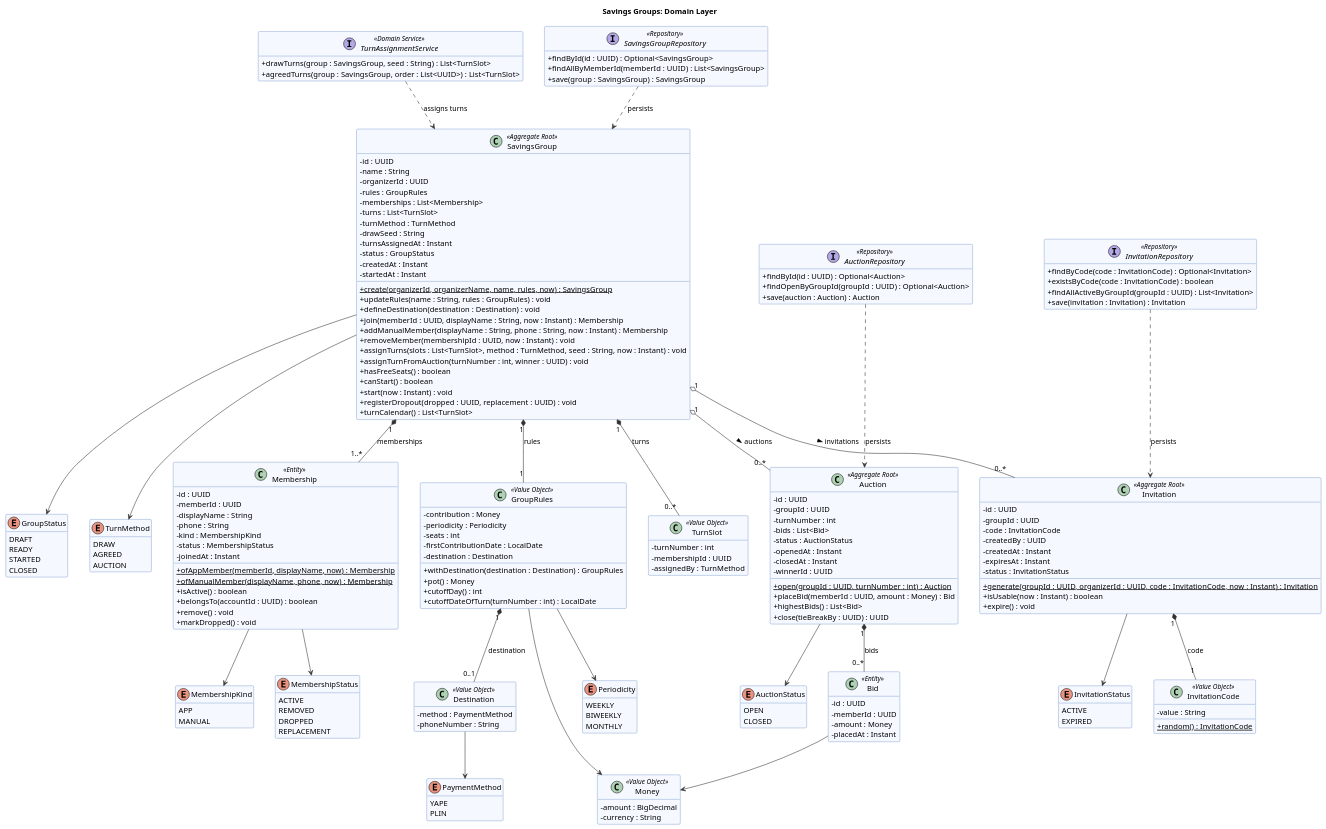
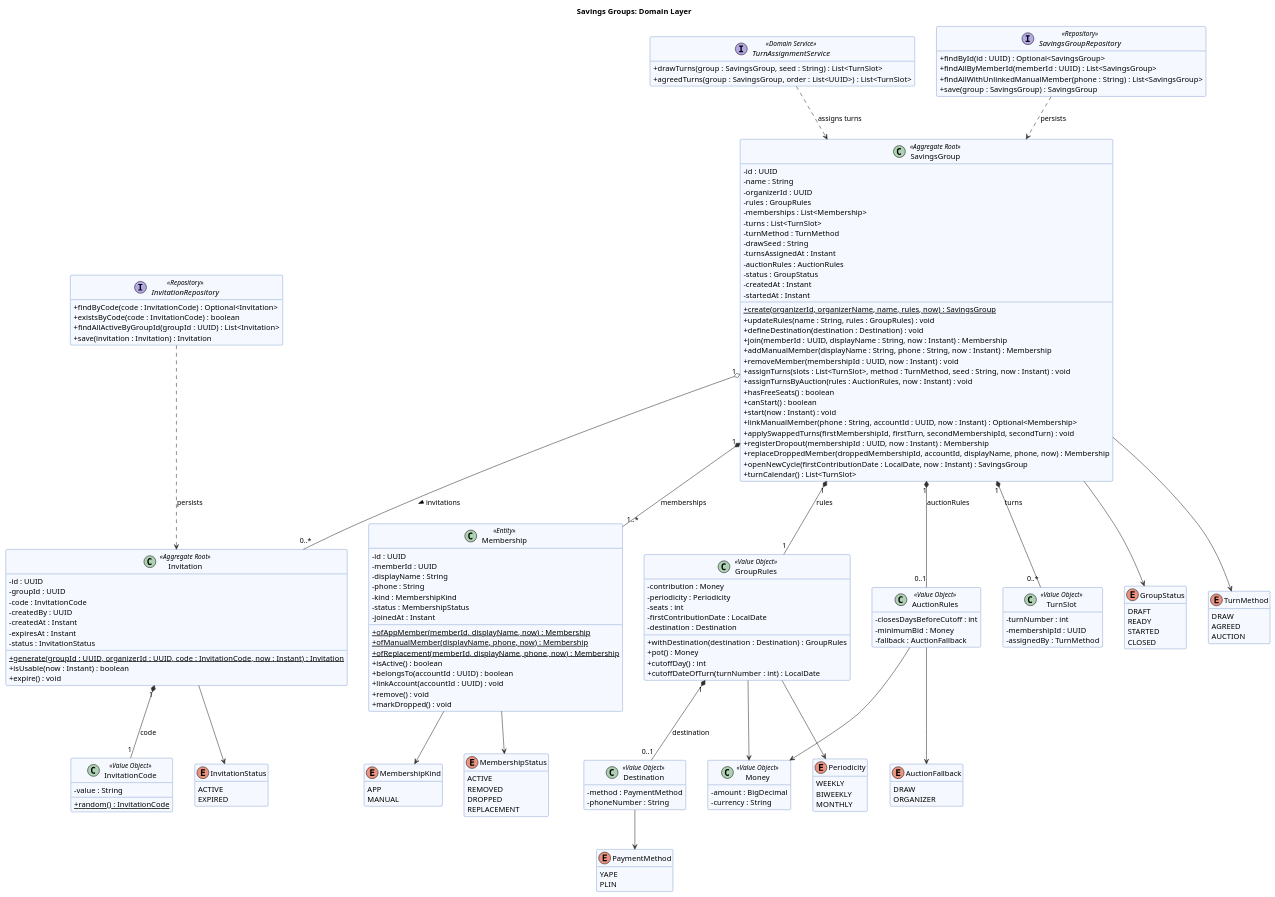
Before and after one commit to kerolabs/pozzo-doc: the diagram in docs/architecture/uml/savings-groups-domain.puml, drawn with PlantUML. The commit also changed 6 other files, not shown here.

First line of the commit message:
docs: move the auction to Contributions in the architecture sources

```diff
--- a/docs/architecture/uml/savings-groups-domain.puml
+++ b/docs/architecture/uml/savings-groups-domain.puml
@@ -30,6 +30,7 @@
     - turnMethod : TurnMethod
     - drawSeed : String
     - turnsAssignedAt : Instant
+    - auctionRules : AuctionRules
     - status : GroupStatus
     - createdAt : Instant
     - startedAt : Instant
@@ -40,11 +41,15 @@
     + addManualMember(displayName : String, phone : String, now : Instant) : Membership
     + removeMember(membershipId : UUID, now : Instant) : void
     + assignTurns(slots : List<TurnSlot>, method : TurnMethod, seed : String, now : Instant) : void
-    + assignTurnFromAuction(turnNumber : int, winner : UUID) : void
+    + assignTurnsByAuction(rules : AuctionRules, now : Instant) : void
     + hasFreeSeats() : boolean
     + canStart() : boolean
     + start(now : Instant) : void
-    + registerDropout(dropped : UUID, replacement : UUID) : void
+    + linkManualMember(phone : String, accountId : UUID, now : Instant) : Optional<Membership>
+    + applySwappedTurns(firstMembershipId, firstTurn, secondMembershipId, secondTurn) : void
+    + registerDropout(membershipId : UUID, now : Instant) : Membership
+    + replaceDroppedMember(droppedMembershipId, accountId, displayName, phone, now) : Membership
+    + openNewCycle(firstContributionDate : LocalDate, now : Instant) : SavingsGroup
     + turnCalendar() : List<TurnSlot>
   }
 
@@ -61,21 +66,6 @@
     + expire() : void
   }
 
-  class Auction <<Aggregate Root>> {
-    - id : UUID
-    - groupId : UUID
-    - turnNumber : int
-    - bids : List<Bid>
-    - status : AuctionStatus
-    - openedAt : Instant
-    - closedAt : Instant
-    - winnerId : UUID
-    + open(groupId : UUID, turnNumber : int) : Auction {static}
-    + placeBid(memberId : UUID, amount : Money) : Bid
-    + highestBids() : List<Bid>
-    + close(tieBreakBy : UUID) : UUID
-  }
-
   class Membership <<Entity>> {
     - id : UUID
     - memberId : UUID
@@ -86,17 +76,12 @@
     - joinedAt : Instant
     + ofAppMember(memberId, displayName, now) : Membership {static}
     + ofManualMember(displayName, phone, now) : Membership {static}
+    + ofReplacement(memberId, displayName, phone, now) : Membership {static}
     + isActive() : boolean
     + belongsTo(accountId : UUID) : boolean
+    + linkAccount(accountId : UUID) : void
     + remove() : void
     + markDropped() : void
-  }
-
-  class Bid <<Entity>> {
-    - id : UUID
-    - memberId : UUID
-    - amount : Money
-    - placedAt : Instant
   }
 
   class GroupRules <<Value Object>> {
@@ -109,6 +94,11 @@
     + pot() : Money
     + cutoffDay() : int
     + cutoffDateOfTurn(turnNumber : int) : LocalDate
+  }
+  class AuctionRules <<Value Object>> {
+    - closesDaysBeforeCutoff : int
+    - minimumBid : Money
+    - fallback : AuctionFallback
   }
   class TurnSlot <<Value Object>> {
     - turnNumber : int
@@ -157,9 +147,9 @@
     YAPE
     PLIN
   }
-  enum AuctionStatus {
-    OPEN
-    CLOSED
+  enum AuctionFallback {
+    DRAW
+    ORGANIZER
   }
   enum Periodicity {
     WEEKLY
@@ -175,6 +165,7 @@
   interface SavingsGroupRepository <<Repository>> {
     + findById(id : UUID) : Optional<SavingsGroup>
     + findAllByMemberId(memberId : UUID) : List<SavingsGroup>
+    + findAllWithUnlinkedManualMember(phone : String) : List<SavingsGroup>
     + save(group : SavingsGroup) : SavingsGroup
   }
   interface InvitationRepository <<Repository>> {
@@ -183,22 +174,17 @@
     + findAllActiveByGroupId(groupId : UUID) : List<Invitation>
     + save(invitation : Invitation) : Invitation
   }
-  interface AuctionRepository <<Repository>> {
-    + findById(id : UUID) : Optional<Auction>
-    + findOpenByGroupId(groupId : UUID) : Optional<Auction>
-    + save(auction : Auction) : Auction
-  }
 
 SavingsGroup "1" *-- "1" GroupRules : rules
 SavingsGroup "1" *-- "1..*" Membership : memberships
 SavingsGroup "1" *-- "0..*" TurnSlot : turns
 SavingsGroup "1" o-- "0..*" Invitation : invitations >
-SavingsGroup "1" o-- "0..*" Auction : auctions >
-Auction "1" *-- "0..*" Bid : bids
+SavingsGroup "1" *-- "0..1" AuctionRules : auctionRules
 Invitation "1" *-- "1" InvitationCode : code
 GroupRules "1" *-- "0..1" Destination : destination
 Destination --> PaymentMethod
-Bid --> Money
+AuctionRules --> Money
+AuctionRules --> AuctionFallback
 GroupRules --> Money
 GroupRules --> Periodicity
 SavingsGroup --> GroupStatus
@@ -206,10 +192,8 @@
 Membership --> MembershipKind
 Membership --> MembershipStatus
 Invitation --> InvitationStatus
-Auction --> AuctionStatus
 
 SavingsGroupRepository ..> SavingsGroup : persists
 InvitationRepository ..> Invitation : persists
-AuctionRepository ..> Auction : persists
 TurnAssignmentService ..> SavingsGroup : assigns turns
 @enduml
```
